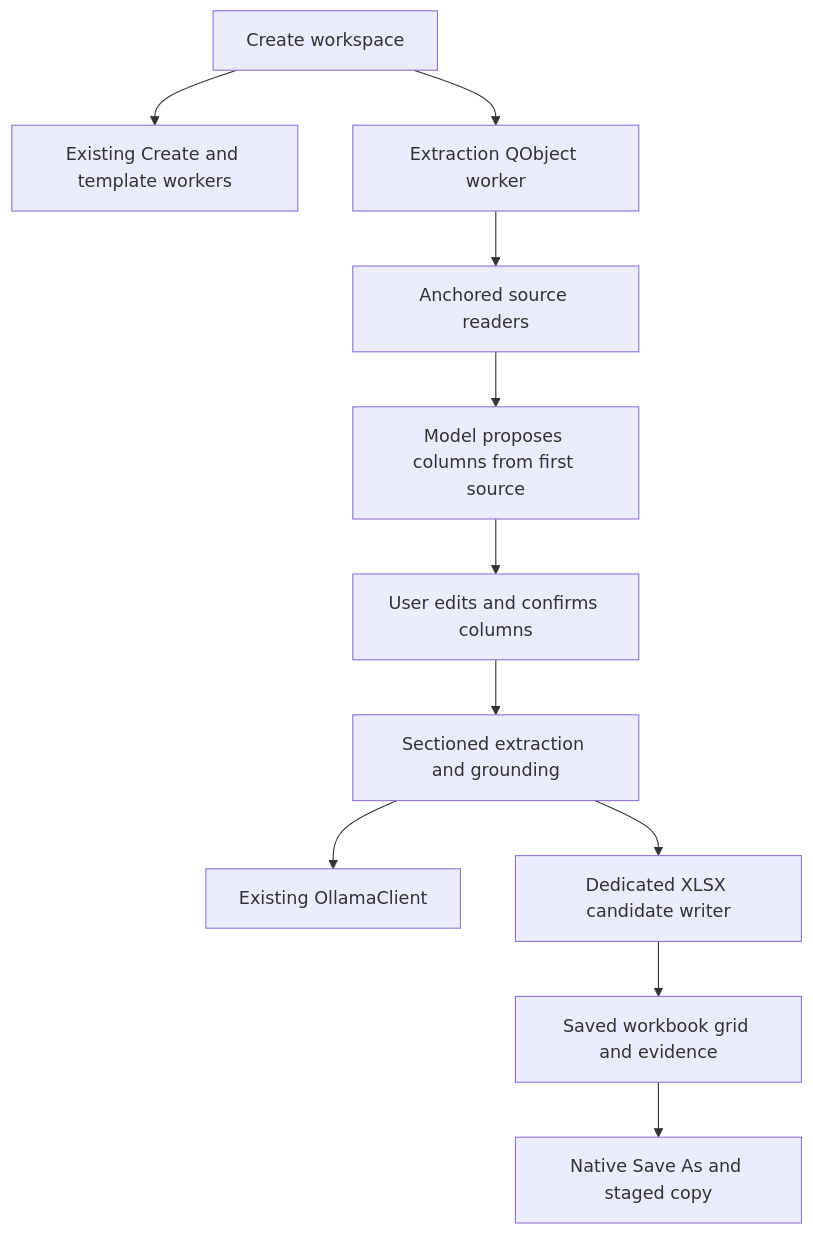
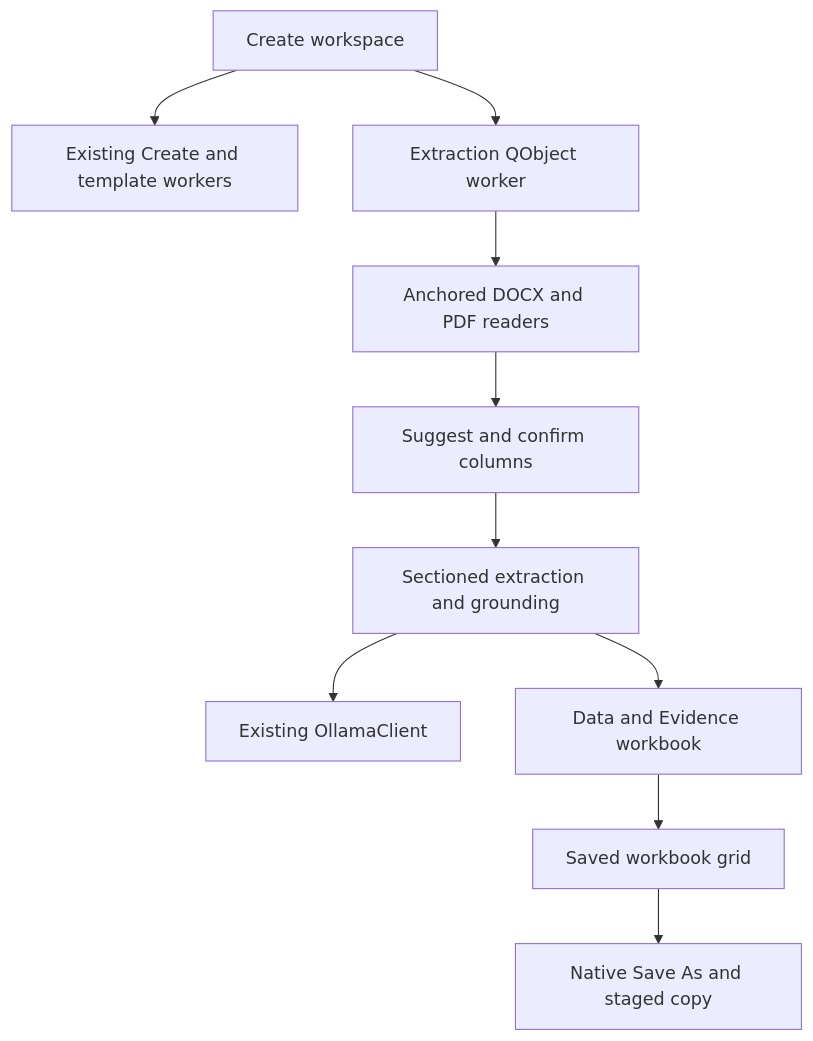
The diagram in docs/superpowers/specs/2026-10-08-document-architecture-design.md (alexnosx/Simplicitor), drawn with Mermaid before and after one commit. The commit also changed other lines of this file and 7 other files, not shown here.

```diff
--- a/docs/superpowers/specs/2026-10-08-document-architecture-design.md
+++ b/docs/superpowers/specs/2026-10-08-document-architecture-design.md
@@ -9,13 +9,12 @@
 ~~~mermaid
 flowchart TD
     UI[Create workspace] --> OLD[Existing Create and template workers]
     UI --> WORKER[Extraction QObject worker]
-    WORKER --> READERS[Anchored source readers]
-    READERS --> PROPOSE[Model proposes columns from first source]
-    PROPOSE --> CONFIRM[User edits and confirms columns]
-    CONFIRM --> CORE[Sectioned extraction and grounding]
-    CORE --> MODEL[Existing OllamaClient]
-    CORE --> WRITE[Dedicated XLSX candidate writer]
-    WRITE --> GRID[Saved workbook grid and evidence]
+    WORKER --> READERS[Anchored DOCX and PDF readers]
+    READERS --> COLUMNS[Suggest and confirm columns]
+    COLUMNS --> PIPE[Sectioned extraction and grounding]
+    PIPE --> OLLAMA[Existing OllamaClient]
+    PIPE --> XLSX[Data and Evidence workbook]
+    XLSX --> GRID[Saved workbook grid]
     GRID --> SAVE[Native Save As and staged copy]
 ~~~
```
